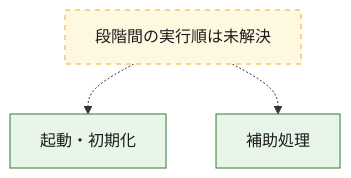
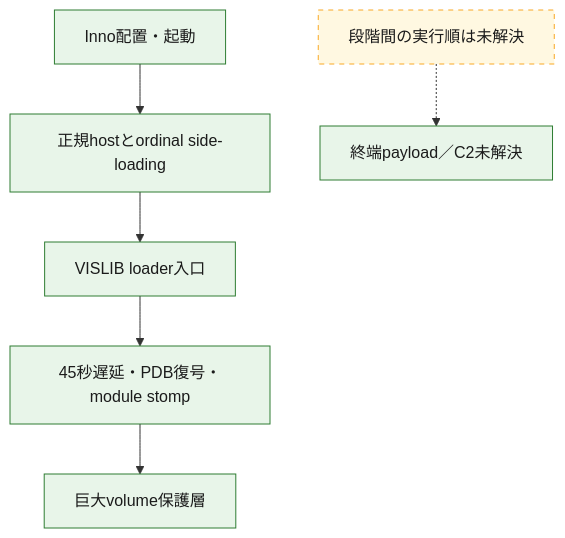
The first of 3 diagrams in analysis-results/malware/unclassified/versions/unknown/cases/3941e8b6ca541c8f030f7907f265c546e1191159bb844b8f9d21551defd0ba41/OVERALL-LOGIC.md (proshiba/AI-security-analysis), drawn with Mermaid before and after one commit. The commit also changed other lines of this file and 151 other files, not shown here.

````diff
--- a/analysis-results/malware/unclassified/versions/unknown/cases/3941e8b6ca541c8f030f7907f265c546e1191159bb844b8f9d21551defd0ba41/OVERALL-LOGIC.md
+++ b/analysis-results/malware/unclassified/versions/unknown/cases/3941e8b6ca541c8f030f7907f265c546e1191159bb844b8f9d21551defd0ba41/OVERALL-LOGIC.md
@@ -16,12 +16,19 @@
 ```mermaid
 flowchart TD
-  exec_01["起動・初期化"]
-  exec_02["補助処理"]
+  exec_01["Inno配置・起動"]
+  exec_02["正規hostとordinal side-loading"]
+  exec_03["VISLIB loader入口"]
+  exec_04["45秒遅延・PDB復号・module stomp"]
+  exec_05["巨大volume保護層"]
+  exec_06["終端payload／C2未解決"]
+  exec_01 --> exec_02
+  exec_02 --> exec_03
+  exec_03 --> exec_04
+  exec_04 --> exec_05
   exec_unknown["段階間の実行順は未解決"]
-  exec_unknown -.-> exec_01
-  exec_unknown -.-> exec_02
+  exec_unknown -.-> exec_06
   class exec_unknown unresolved
-  class exec_01,exec_02 confirmed
+  class exec_01,exec_02,exec_03,exec_04,exec_05,exec_06 confirmed
   classDef confirmed fill:#e8f5e9,stroke:#2e7d32,color:#1b1b1b
   classDef unresolved fill:#fff8e1,stroke:#f9a825,color:#1b1b1b,stroke-dasharray:5 5
 ```
````
